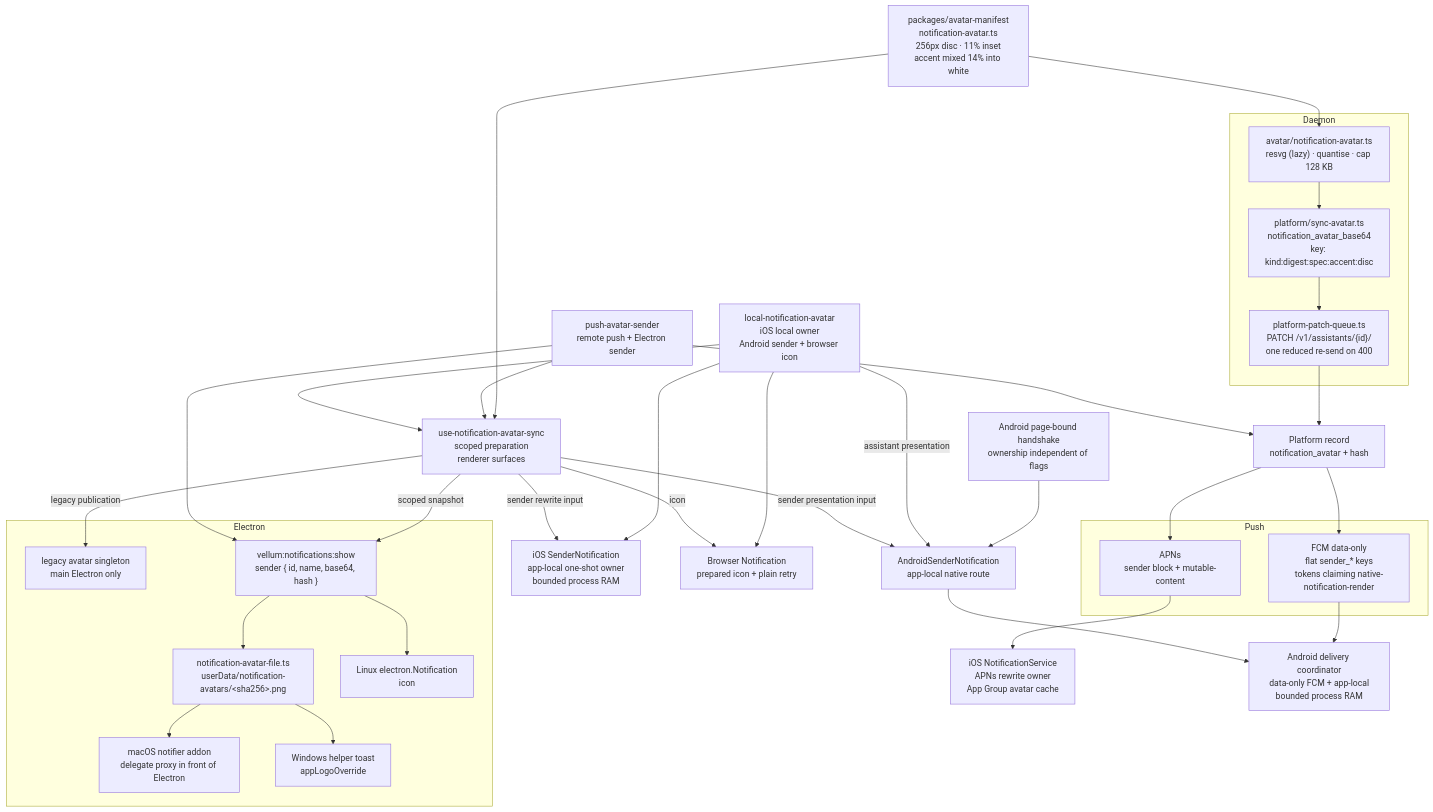
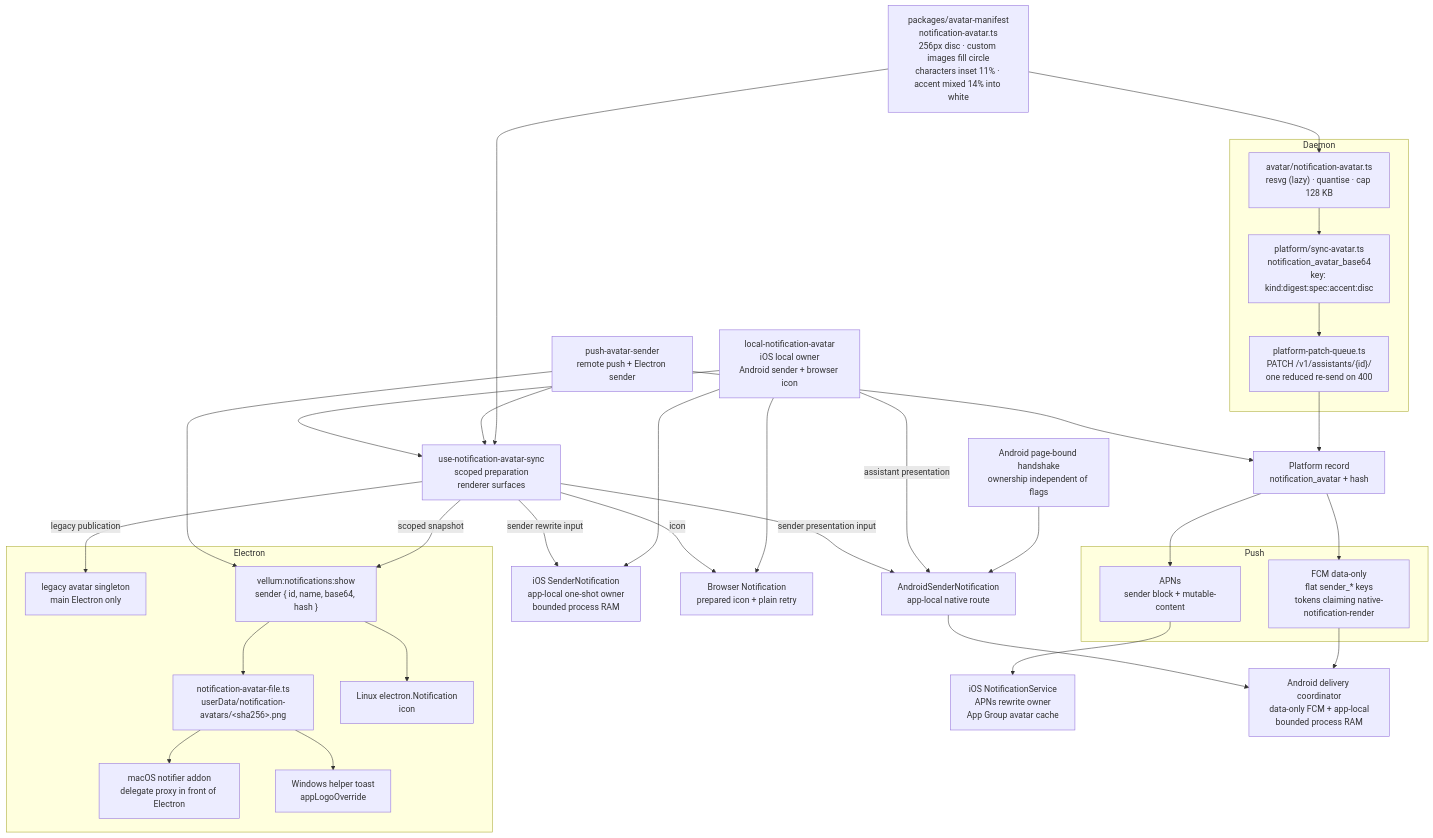
Before and after one commit to vellum-ai/vellum-assistant: the sixth of 7 diagrams in ARCHITECTURE.md, drawn with Mermaid. The commit also changed other lines of this file and 9 other files, not shown here.

Commit message:
fix(avatars): fill notification circles with custom images

````diff
--- a/ARCHITECTURE.md
+++ b/ARCHITECTURE.md
@@ -981,60 +981,60 @@
 ```mermaid
 graph TB
-    SPEC["packages/avatar-manifest<br/>notification-avatar.ts<br/>256px disc · 11% inset<br/>accent mixed 14% into white"]
+    SPEC["packages/avatar-manifest<br/>notification-avatar.ts<br/>256px disc · custom images fill circle<br/>characters inset 11% · accent mixed 14% into white"]
 
     subgraph "Daemon"
         REND["avatar/notification-avatar.ts<br/>resvg (lazy) · quantise · cap 128 KB"]
         SYNC["platform/sync-avatar.ts<br/>notification_avatar_base64<br/>key: kind:digest:spec:accent:disc"]
         QUEUE["platform-patch-queue.ts<br/>PATCH /v1/assistants/{id}/<br/>one reduced re-send on 400"]
     end
 
     PUSHFLAG["push-avatar-sender<br/>remote push + Electron sender"]
     LOCALFLAG["local-notification-avatar<br/>iOS local owner<br/>Android sender + browser icon"]
     PLAT["Platform record<br/>notification_avatar + hash"]
 
     subgraph "Push"
         APNS["APNs<br/>sender block + mutable-content"]
         FCM["FCM data-only<br/>flat sender_* keys<br/>tokens claiming native-notification-render"]
     end
 
     NSE["iOS NotificationService<br/>APNs rewrite owner<br/>App Group avatar cache"]
     IOSLOCAL["iOS SenderNotification<br/>app-local one-shot owner<br/>bounded process RAM"]
     HANDSHAKE["Android page-bound handshake<br/>ownership independent of flags"]
     ANDLOCAL["AndroidSenderNotification<br/>app-local native route"]
     AND["Android delivery coordinator<br/>data-only FCM + app-local<br/>bounded process RAM"]
     BROWSER["Browser Notification<br/>prepared icon + plain retry"]
 
     subgraph "Electron"
         LEGACY["legacy avatar singleton<br/>main Electron only"]
         IPCC["vellum:notifications:show<br/>sender { id, name, base64, hash }"]
         FILE["notification-avatar-file.ts<br/>userData/notification-avatars/&lt;sha256&gt;.png"]
         MACN["macOS notifier addon<br/>delegate proxy in front of Electron"]
         WIN["Windows helper toast<br/>appLogoOverride"]
         LIN["Linux electron.Notification<br/>icon"]
     end
 
     PREP["use-notification-avatar-sync<br/>scoped preparation<br/>renderer surfaces"]
 
     SPEC --> REND
     SPEC --> PREP
     REND --> SYNC --> QUEUE --> PLAT
     PUSHFLAG --> PLAT
     PUSHFLAG --> PREP
     LOCALFLAG --> PREP
     PLAT --> APNS --> NSE
     PLAT --> FCM --> AND
     LOCALFLAG --> IOSLOCAL
     HANDSHAKE --> ANDLOCAL --> AND
     LOCALFLAG -->|"assistant presentation"| ANDLOCAL
     LOCALFLAG --> BROWSER
     PREP -->|"sender rewrite input"| IOSLOCAL
     PREP -->|"sender presentation input"| ANDLOCAL
     PREP -->|"icon"| BROWSER
     PREP -->|"legacy publication"| LEGACY
     PREP -->|"scoped snapshot"| IPCC
     PUSHFLAG --> IPCC
     IPCC --> FILE
     FILE --> MACN
     FILE --> WIN
     IPCC --> LIN
 ```
````
